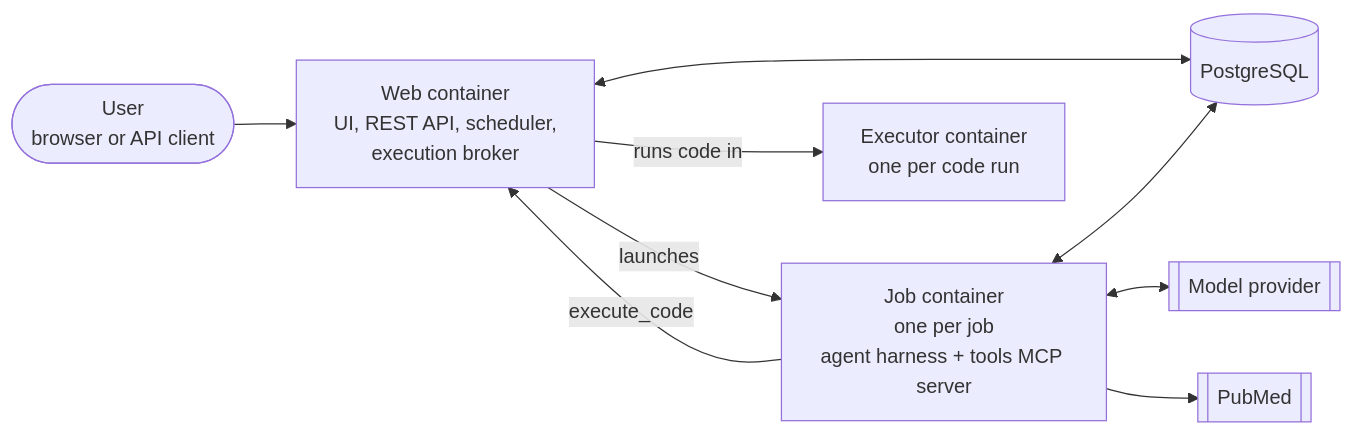
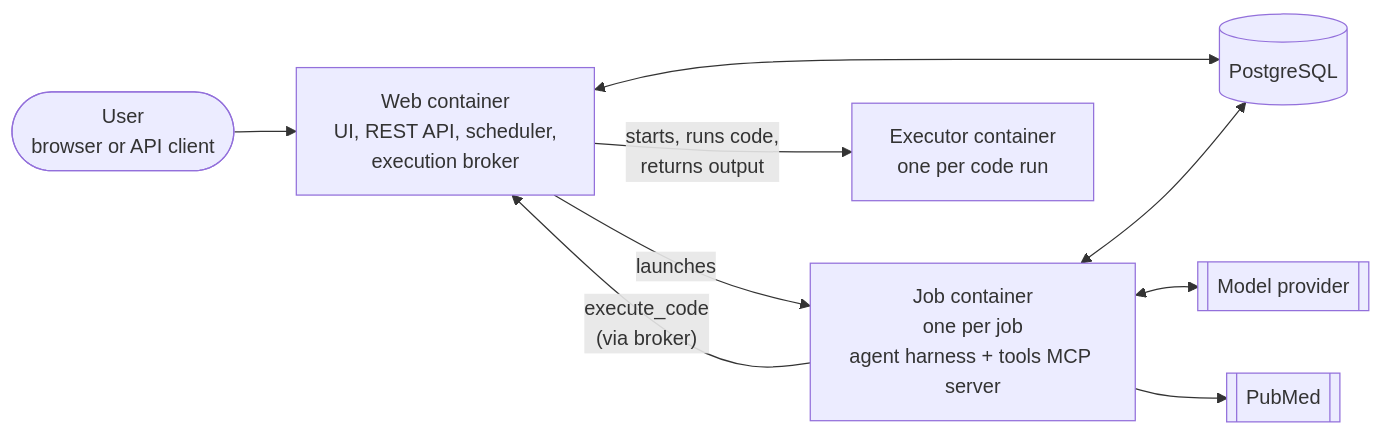
The first of 2 diagrams in docs/architecture.md (openscientist-io/openscientist-docs), drawn with Mermaid before and after one commit. The commit also changed other lines of this file, not shown here.

Commit message:
Spell out that execute_code goes through the broker

````diff
--- a/docs/architecture.md
+++ b/docs/architecture.md
@@ -23,20 +23,20 @@
 ```mermaid
 flowchart LR
     user(["User<br/>browser or API client"]) --> web
 
     web["Web container<br/>UI, REST API, scheduler,<br/>execution broker"]
     db[("PostgreSQL")]
     job["Job container<br/>one per job<br/>agent harness + tools MCP server"]
     exec["Executor container<br/>one per code run"]
 
     llm[["Model provider"]]
     pubmed[["PubMed"]]
 
     web <--> db
     web -- launches --> job
     job <--> db
-    job -- execute_code --> web
-    web -- runs code in --> exec
+    job -- "execute_code<br/>(via broker)" --> web
+    web -- "starts, runs code,<br/>returns output" --> exec
     job <--> llm
     job --> pubmed
 ```
````
